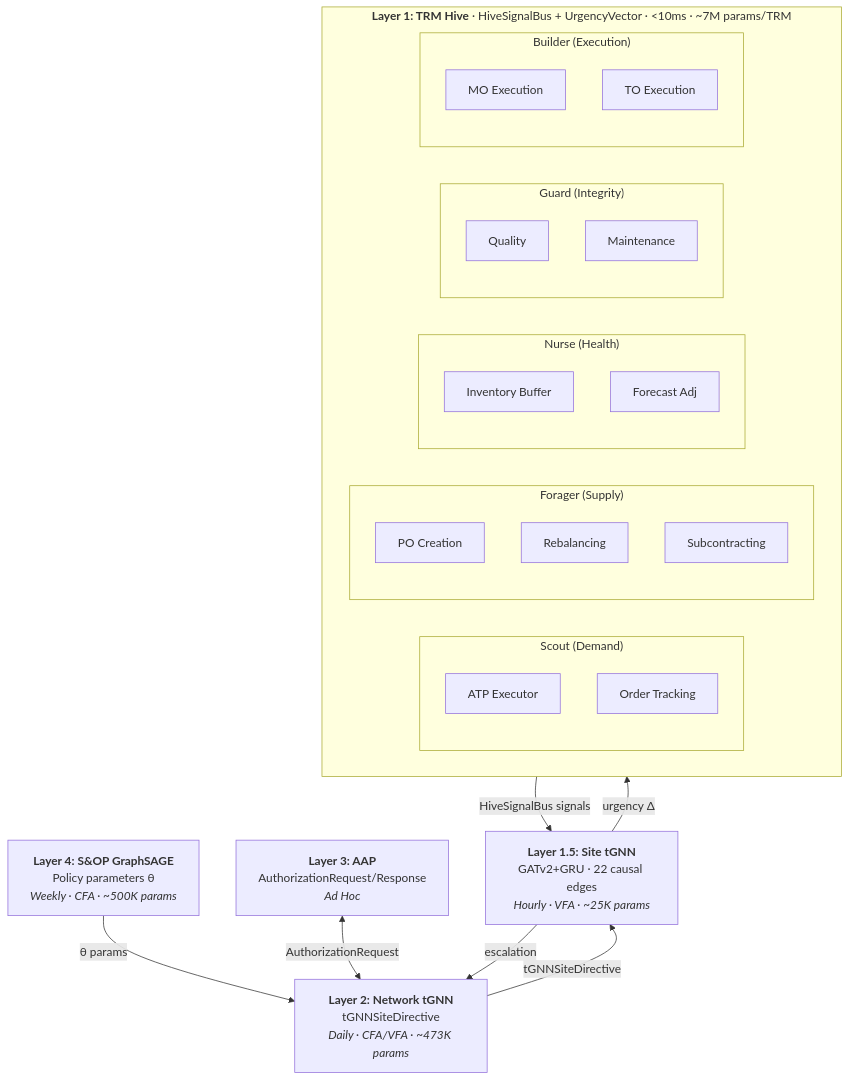
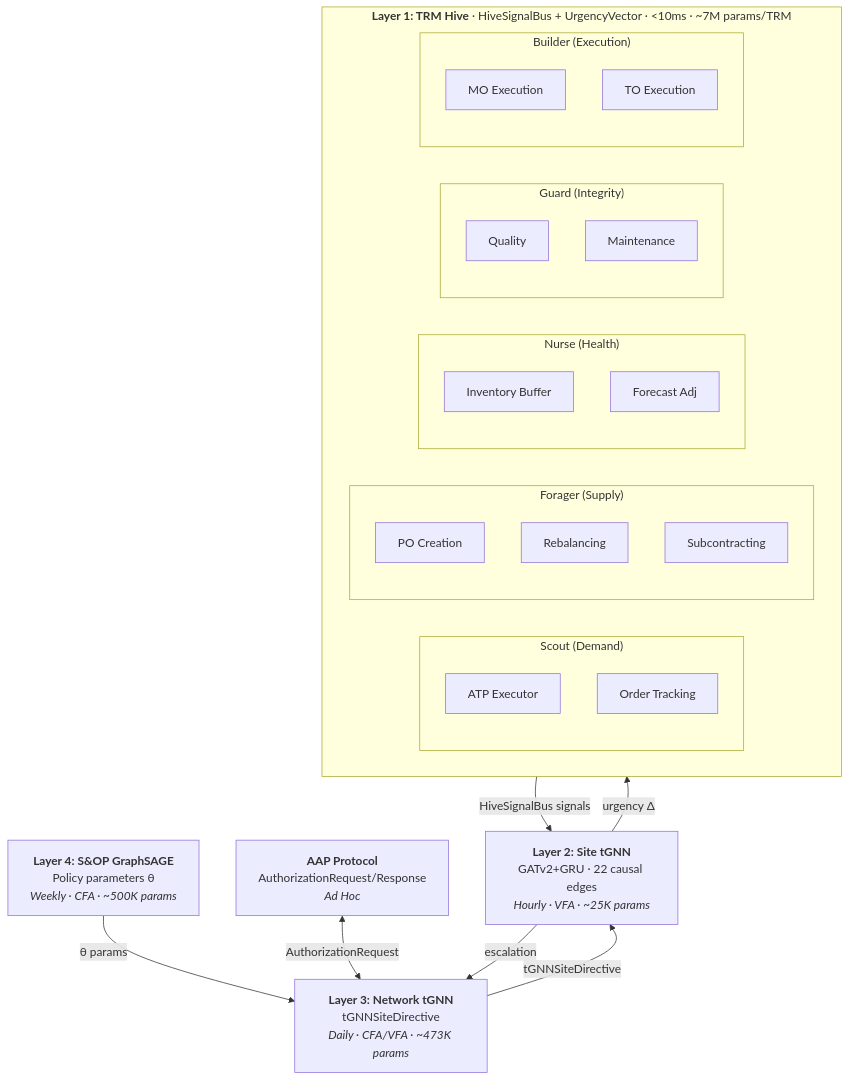
Before and after one commit to azirella-ltd/Autonomy-TMS: the second of 5 diagrams in docs/internal/AGENT_HIERARCHY_DIAGRAMS.md, drawn with Mermaid. The commit also changed 19 other files, not shown here.

````diff
--- a/docs/internal/AGENT_HIERARCHY_DIAGRAMS.md
+++ b/docs/internal/AGENT_HIERARCHY_DIAGRAMS.md
@@ -42,38 +42,38 @@
 ```mermaid
 graph TD
     SOP["<b>Layer 4: S&OP GraphSAGE</b><br/>Policy parameters θ<br/><i>Weekly · CFA · ~500K params</i>"]
-    AAP["<b>Layer 3: AAP</b><br/>AuthorizationRequest/Response<br/><i>Ad Hoc</i>"]
-    NET["<b>Layer 2: Network tGNN</b><br/>tGNNSiteDirective<br/><i>Daily · CFA/VFA · ~473K params</i>"]
-    SITE["<b>Layer 1.5: Site tGNN</b><br/>GATv2+GRU · 22 causal edges<br/><i>Hourly · VFA · ~25K params</i>"]
+    AAP["<b>AAP Protocol</b><br/>AuthorizationRequest/Response<br/><i>Ad Hoc</i>"]
+    NET["<b>Layer 3: Network tGNN</b><br/>tGNNSiteDirective<br/><i>Daily · CFA/VFA · ~473K params</i>"]
+    SITE["<b>Layer 2: Site tGNN</b><br/>GATv2+GRU · 22 causal edges<br/><i>Hourly · VFA · ~25K params</i>"]
 
     subgraph HIVE["<b>Layer 1: TRM Hive</b> · HiveSignalBus + UrgencyVector · &lt;10ms · ~7M params/TRM"]
         subgraph SC["Scout (Demand)"]
             ATP["ATP Executor"]
             OT["Order Tracking"]
         end
         subgraph FO["Forager (Supply)"]
             PO["PO Creation"]
             REB["Rebalancing"]
             SUB["Subcontracting"]
         end
         subgraph NU["Nurse (Health)"]
             BUF["Inventory Buffer"]
             FA["Forecast Adj"]
         end
         subgraph GU["Guard (Integrity)"]
             QD["Quality"]
             MS["Maintenance"]
         end
         subgraph BU["Builder (Execution)"]
             MO["MO Execution"]
             TO["TO Execution"]
         end
     end
 
     SOP -->|"θ params"| NET
     AAP <-->|"AuthorizationRequest"| NET
     NET -->|"tGNNSiteDirective"| SITE
     SITE -->|"urgency Δ"| HIVE
     HIVE -->|"HiveSignalBus signals"| SITE
     SITE -->|"escalation"| NET
 ```
````
